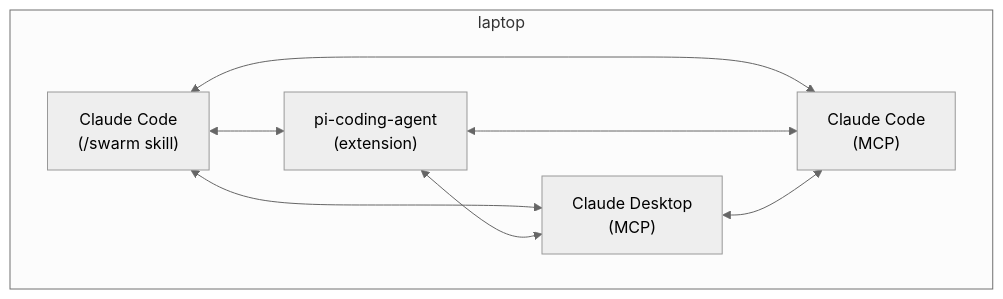
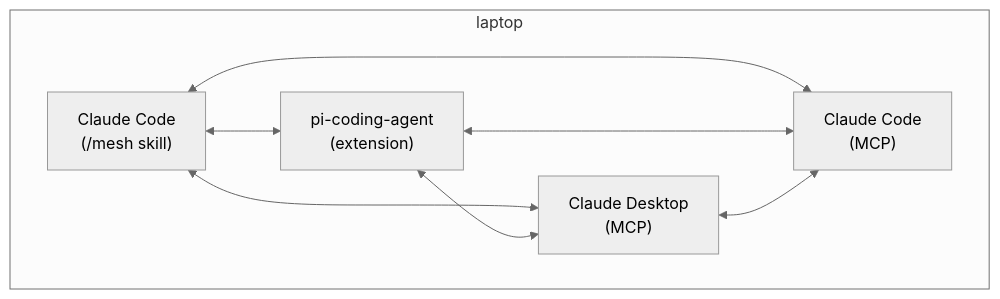
The third of 7 diagrams in docs/topologies.md (agent-habilis/agent-gossip), drawn with Mermaid (neutral theme) before and after one commit. The commit also changed other lines of this file and 382 other files, not shown here.

First line of the commit message:
refactor: rename agent-gossip to agent-mesh and swarm to mesh

````diff
--- a/docs/topologies.md
+++ b/docs/topologies.md
@@ -49,15 +49,15 @@
 ```mermaid
 graph TB
     subgraph laptop
-        CC["Claude Code<br/>(/swarm skill)"]
+        CC["Claude Code<br/>(/mesh skill)"]
         PI["pi-coding-agent<br/>(extension)"]
         CD["Claude Desktop<br/>(MCP)"]
         CM["Claude Code<br/>(MCP)"]
     end
     CC <--> PI
     CC <--> CD
     CC <--> CM
     PI <--> CD
     PI <--> CM
     CD <--> CM
 ```
````
